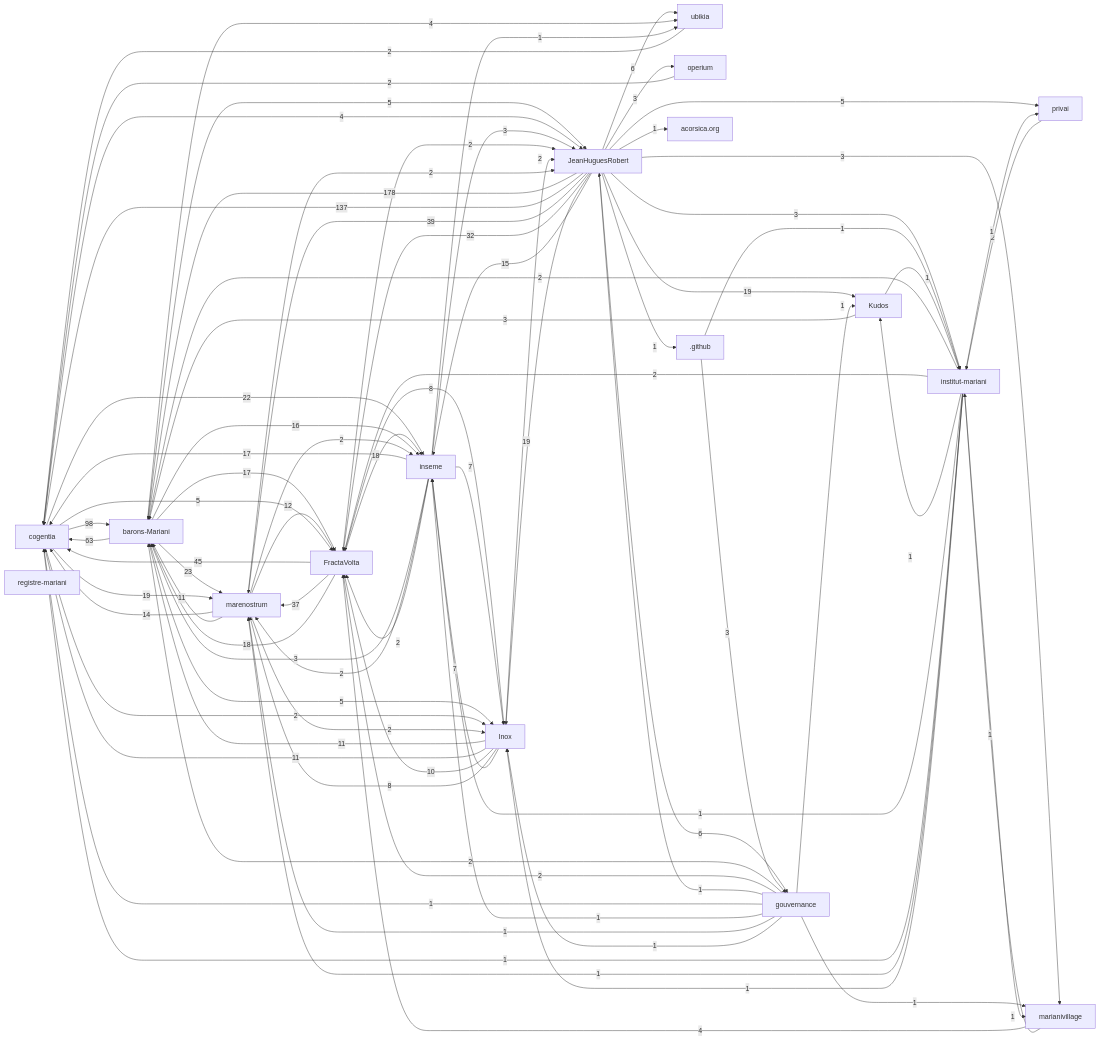
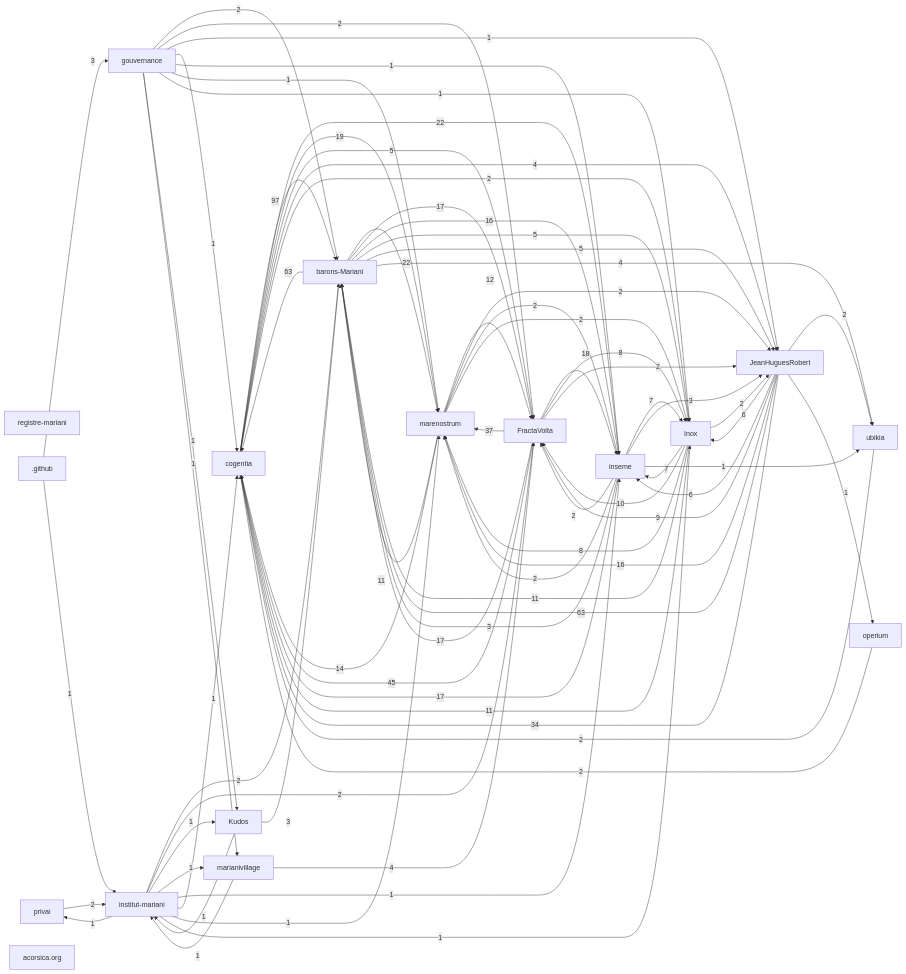
Before and after one commit to JeanHuguesRobert/FractaVolta: the first of 2 diagrams in research/corpus-status.md, drawn with Mermaid. The commit also changed other lines of this file and 21 other files, not shown here.

Commit message:
Refresh generated corpus graph

````diff
--- a/research/corpus-status.md
+++ b/research/corpus-status.md
@@ -69,50 +69,43 @@
   r_kudos["Kudos"]
   r_github[".github"]
   r_acorsica_org["acorsica.org"]
-  r_jeanhuguesrobert -->|178| r_barons_mariani
-  r_jeanhuguesrobert -->|137| r_cogentia
-  r_cogentia -->|98| r_barons_mariani
+  r_cogentia -->|97| r_barons_mariani
   r_barons_mariani -->|63| r_cogentia
+  r_jeanhuguesrobert -->|63| r_barons_mariani
   r_fractavolta -->|45| r_cogentia
-  r_jeanhuguesrobert -->|39| r_marenostrum
   r_fractavolta -->|37| r_marenostrum
-  r_jeanhuguesrobert -->|32| r_fractavolta
-  r_barons_mariani -->|23| r_marenostrum
+  r_jeanhuguesrobert -->|34| r_cogentia
+  r_barons_mariani -->|22| r_marenostrum
   r_cogentia -->|22| r_inseme
   r_cogentia -->|19| r_marenostrum
-  r_jeanhuguesrobert -->|19| r_inox
-  r_jeanhuguesrobert -->|19| r_kudos
   r_fractavolta -->|18| r_inseme
-  r_fractavolta -->|18| r_barons_mariani
   r_barons_mariani -->|17| r_fractavolta
+  r_fractavolta -->|17| r_barons_mariani
   r_inseme -->|17| r_cogentia
   r_barons_mariani -->|16| r_inseme
-  r_jeanhuguesrobert -->|15| r_inseme
+  r_jeanhuguesrobert -->|16| r_marenostrum
   r_marenostrum -->|14| r_cogentia
   r_marenostrum -->|12| r_fractavolta
   r_inox -->|11| r_barons_mariani
   r_inox -->|11| r_cogentia
   r_marenostrum -->|11| r_barons_mariani
   r_inox -->|10| r_fractavolta
+  r_jeanhuguesrobert -->|9| r_fractavolta
   r_fractavolta -->|8| r_inox
   r_inox -->|8| r_marenostrum
   r_inox -->|7| r_inseme
   r_inseme -->|7| r_inox
-  r_jeanhuguesrobert -->|6| r_gouvernance
-  r_jeanhuguesrobert -->|6| r_ubikia
+  r_jeanhuguesrobert -->|6| r_inseme
+  r_jeanhuguesrobert -->|6| r_inox
   r_barons_mariani -->|5| r_inox
   r_barons_mariani -->|5| r_jeanhuguesrobert
   r_cogentia -->|5| r_fractavolta
-  r_jeanhuguesrobert -->|5| r_privai
   r_barons_mariani -->|4| r_ubikia
   r_cogentia -->|4| r_jeanhuguesrobert
   r_marianivillage -->|4| r_fractavolta
   r_github -->|3| r_gouvernance
   r_inseme -->|3| r_barons_mariani
   r_inseme -->|3| r_jeanhuguesrobert
-  r_jeanhuguesrobert -->|3| r_institut_mariani
-  r_jeanhuguesrobert -->|3| r_marianivillage
-  r_jeanhuguesrobert -->|3| r_operium
   r_kudos -->|3| r_barons_mariani
   r_cogentia -->|2| r_inox
   r_fractavolta -->|2| r_jeanhuguesrobert
@@ -123,6 +116,7 @@
   r_inseme -->|2| r_fractavolta
   r_institut_mariani -->|2| r_barons_mariani
   r_institut_mariani -->|2| r_fractavolta
+  r_jeanhuguesrobert -->|2| r_ubikia
   r_marenostrum -->|2| r_jeanhuguesrobert
   r_marenostrum -->|2| r_inseme
   r_marenostrum -->|2| r_inox
@@ -145,8 +139,7 @@
   r_institut_mariani -->|1| r_cogentia
   r_institut_mariani -->|1| r_marenostrum
   r_institut_mariani -->|1| r_inox
-  r_jeanhuguesrobert -->|1| r_github
-  r_jeanhuguesrobert -->|1| r_acorsica_org
+  r_jeanhuguesrobert -->|1| r_operium
   r_kudos -->|1| r_institut_mariani
   r_marianivillage -->|1| r_institut_mariani
 ```
````
